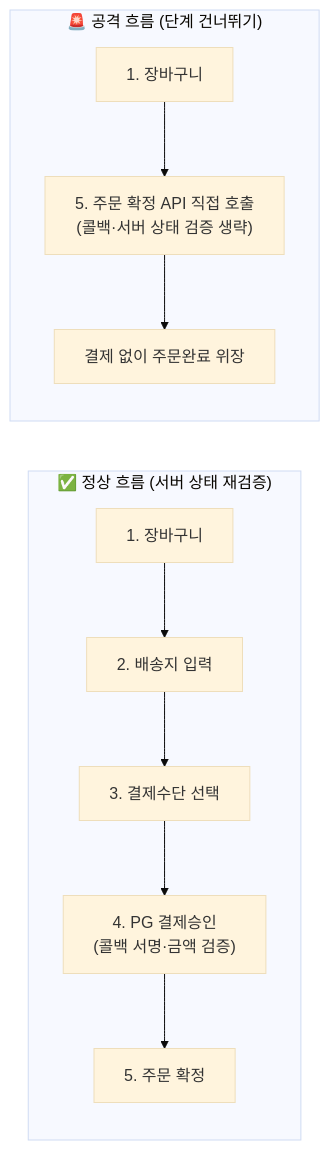
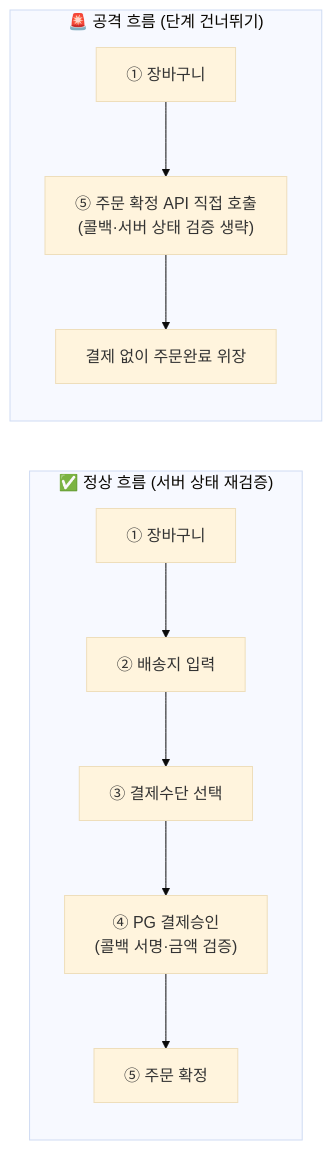
One commit to gooyong-sec/gooyong-sec.github.io changed the second of 2 diagrams in content/웹취약점/웹 취약점 진단 로직편 — 비즈니스 로직 결함 찾는 법.md. Above: the diagram before and after it, drawn with Mermaid (base theme). The commit also changed 28 other files, not shown here.

First line of the commit message:
fix: eliminate remaining mermaid markdown-list misparse across all diagrams

````diff
--- a/content/웹취약점/웹 취약점 진단 로직편 — 비즈니스 로직 결함 찾는 법.md
+++ b/content/웹취약점/웹 취약점 진단 로직편 — 비즈니스 로직 결함 찾는 법.md
@@ -54,9 +54,9 @@
 ```mermaid
 flowchart LR
     subgraph Normal["✅ 정상 흐름 (서버 상태 재검증)"]
-        A1["1. 장바구니"] --> A2["2. 배송지 입력"] --> A3["3. 결제수단 선택"] --> A4["4. PG 결제승인<br/>(콜백 서명·금액 검증)"] --> A5["5. 주문 확정"]
+        A1["① 장바구니"] --> A2["② 배송지 입력"] --> A3["③ 결제수단 선택"] --> A4["④ PG 결제승인<br/>(콜백 서명·금액 검증)"] --> A5["⑤ 주문 확정"]
     end
     subgraph Attack["🚨 공격 흐름 (단계 건너뛰기)"]
-        B1["1. 장바구니"] --> B5["5. 주문 확정 API 직접 호출<br/>(콜백·서버 상태 검증 생략)"] --> B6["결제 없이 주문완료 위장"]
+        B1["① 장바구니"] --> B5["⑤ 주문 확정 API 직접 호출<br/>(콜백·서버 상태 검증 생략)"] --> B6["결제 없이 주문완료 위장"]
     end
 ```
````
